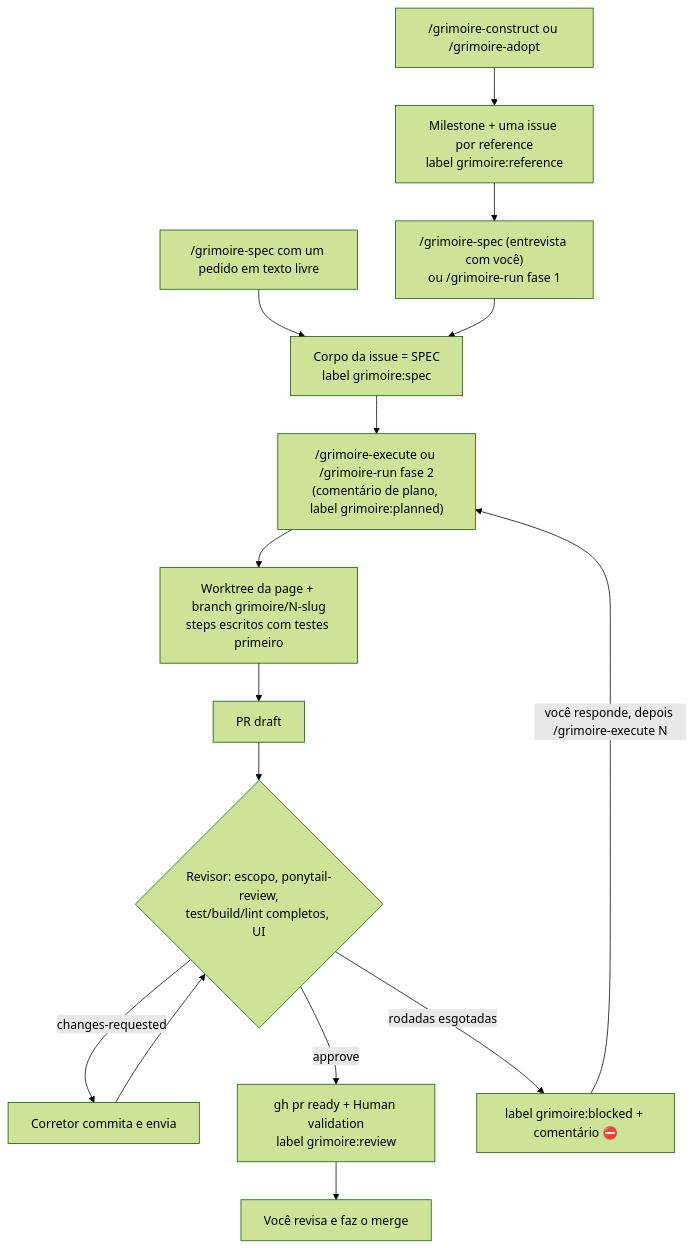
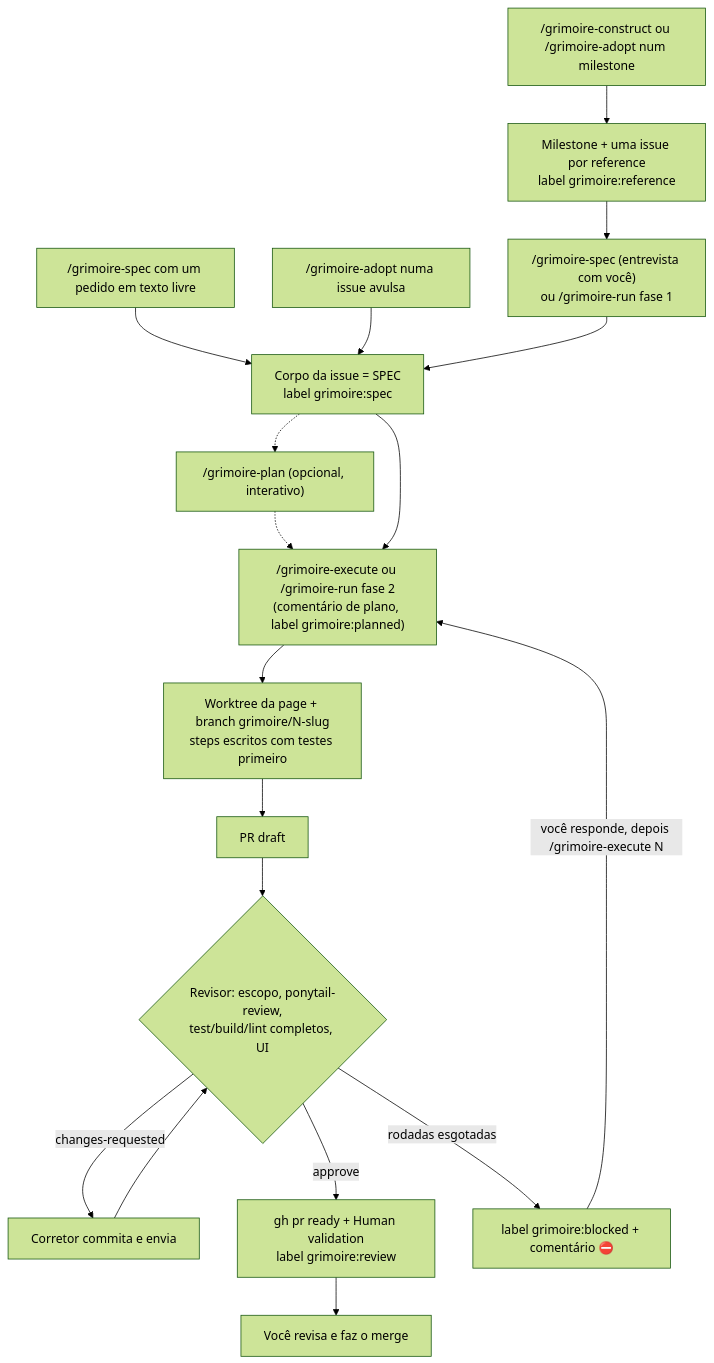
The first of 2 diagrams in README.pt-BR.md (ojcezarferreira/Grimoire), drawn with Mermaid (forest theme) before and after one commit. The commit also changed other lines of this file and 1 other file, not shown here.

````diff
--- a/README.pt-BR.md
+++ b/README.pt-BR.md
@@ -224,17 +224,20 @@
 ```mermaid
 flowchart TD
-    C["/grimoire-construct ou /grimoire-adopt"] --> M["Milestone + uma issue por reference<br/>label grimoire:reference"]
+    C["/grimoire-construct ou /grimoire-adopt num milestone"] --> M["Milestone + uma issue por reference<br/>label grimoire:reference"]
     M --> S["/grimoire-spec (entrevista com você)<br/>ou /grimoire-run fase 1"]
     Q["/grimoire-spec com um pedido em texto livre"] --> I
+    A["/grimoire-adopt numa issue avulsa"] --> I
     S --> I["Corpo da issue = SPEC<br/>label grimoire:spec"]
+    I -.-> P["/grimoire-plan (opcional, interativo)"]
+    P -.-> X
     I --> X["/grimoire-execute ou /grimoire-run fase 2<br/>(comentário de plano, label grimoire:planned)"]
     X --> W["Worktree da page + branch grimoire/N-slug<br/>steps escritos com testes primeiro"]
     W --> D["PR draft"]
     D --> R{"Revisor: escopo, ponytail-review,<br/>test/build/lint completos, UI"}
     R -->|changes-requested| F["Corretor commita e envia"]
     F --> R
     R -->|approve| Y["gh pr ready + Human validation<br/>label grimoire:review"]
     R -->|rodadas esgotadas| B["label grimoire:blocked + comentário ⛔"]
     Y --> H["Você revisa e faz o merge"]
     B -->|você responde, depois /grimoire-execute N| X
 ```
````
